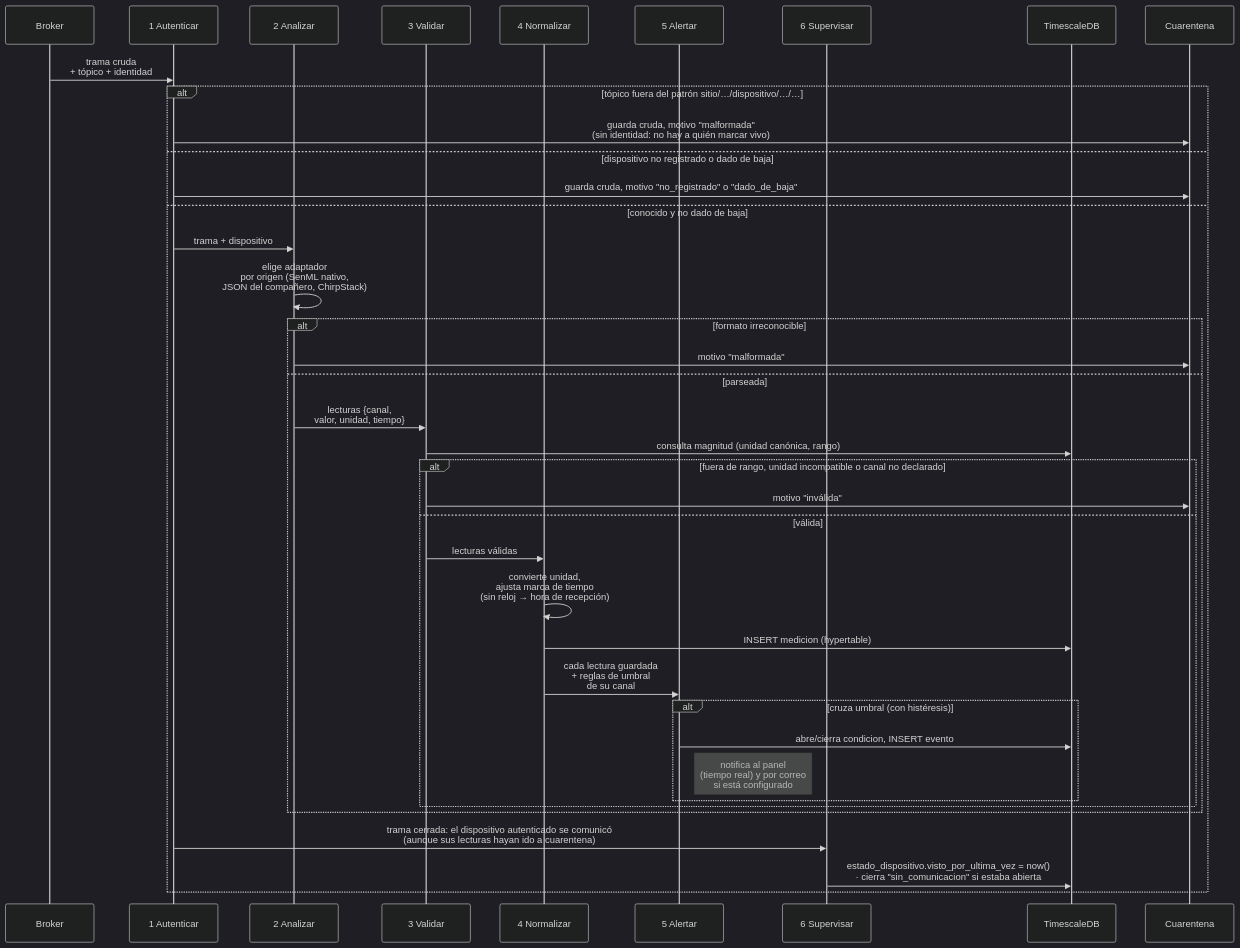
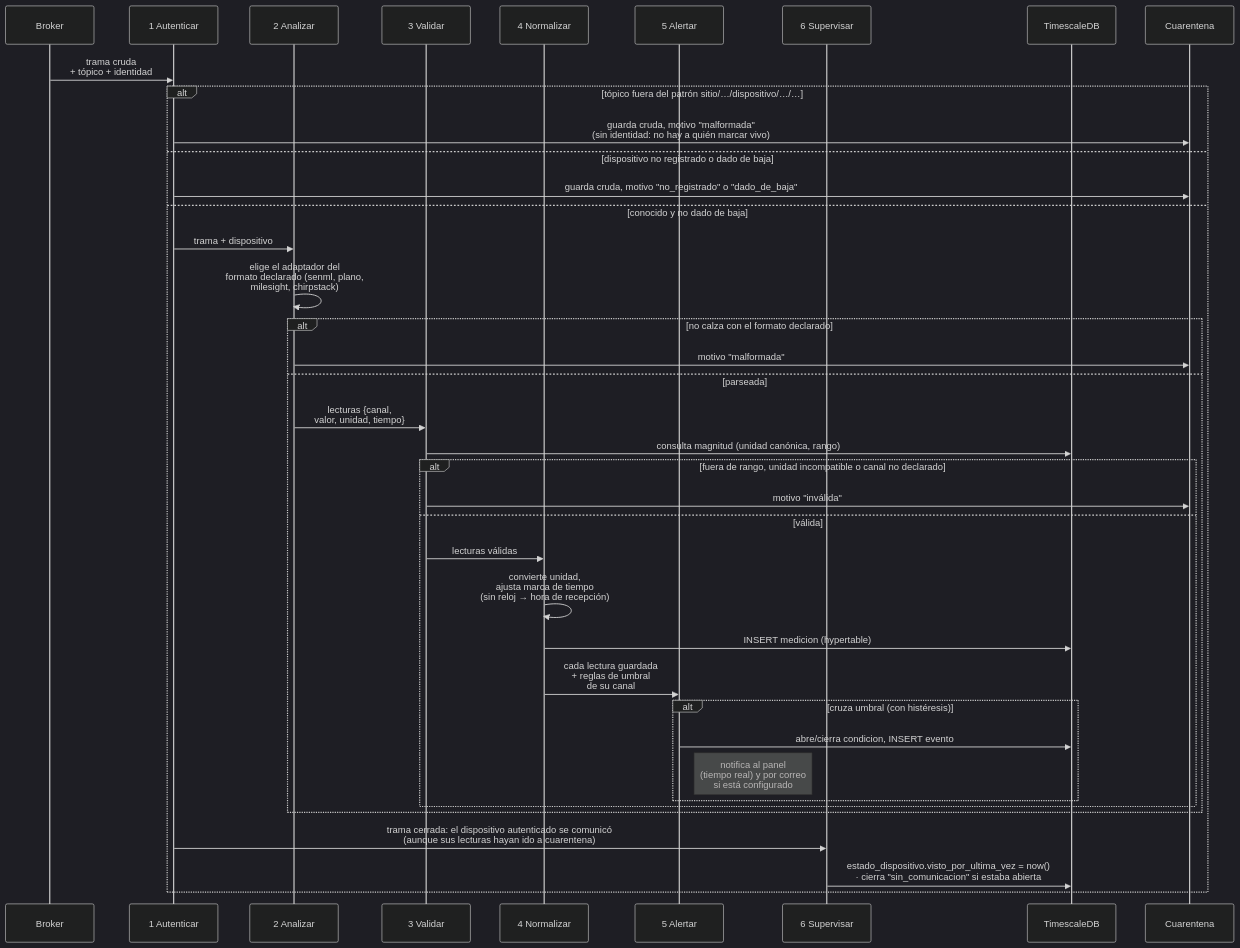
Before and after one commit to vicenterami/tesis: the diagram in informe-oficial/figuras/mermaid/sec-pipeline.mmd, drawn with Mermaid (dark theme). The commit also changed 10 other files, not shown here.

First line of the commit message:
Diseña la recepción LoRaWAN por formato declarado y pasarela registrada por API

```diff
--- a/informe-oficial/figuras/mermaid/sec-pipeline.mmd
+++ b/informe-oficial/figuras/mermaid/sec-pipeline.mmd
@@ -1,40 +1,40 @@
 sequenceDiagram
     participant MQ as Broker
     participant F1 as 1 Autenticar
     participant F2 as 2 Analizar
     participant F3 as 3 Validar
     participant F4 as 4 Normalizar
     participant F5 as 5 Alertar
     participant F6 as 6 Supervisar
     participant DB as TimescaleDB
     participant Q as Cuarentena
 
     MQ->>F1: trama cruda<br/>+ tópico + identidad
     alt tópico fuera del patrón sitio/…/dispositivo/…/…
         F1->>Q: guarda cruda, motivo "malformada"<br/>(sin identidad: no hay a quién marcar vivo)
     else dispositivo no registrado o dado de baja
         F1->>Q: guarda cruda, motivo "no_registrado" o "dado_de_baja"
     else conocido y no dado de baja
         F1->>F2: trama + dispositivo
-        F2->>F2: elige adaptador<br/>por origen (SenML nativo,<br/>JSON del compañero, ChirpStack)
-        alt formato irreconocible
+        F2->>F2: elige el adaptador del<br/>formato declarado (senml, plano,<br/>milesight, chirpstack)
+        alt no calza con el formato declarado
             F2->>Q: motivo "malformada"
         else parseada
             F2->>F3: lecturas {canal,<br/>valor, unidad, tiempo}
             F3->>DB: consulta magnitud (unidad canónica, rango)
             alt fuera de rango, unidad incompatible o canal no declarado
                 F3->>Q: motivo "inválida"
             else válida
                 F3->>F4: lecturas válidas
                 F4->>F4: convierte unidad,<br/>ajusta marca de tiempo<br/>(sin reloj → hora de recepción)
                 F4->>DB: INSERT medicion (hypertable)
                 F4->>F5: cada lectura guardada<br/>+ reglas de umbral<br/>de su canal
                 alt cruza umbral (con histéresis)
                     F5->>DB: abre/cierra condicion, INSERT evento
                     Note right of F5: notifica al panel<br/>(tiempo real) y por correo<br/>si está configurado
                 end
             end
         end
         F1->>F6: trama cerrada: el dispositivo autenticado se comunicó<br/>(aunque sus lecturas hayan ido a cuarentena)
         F6->>DB: estado_dispositivo.visto_por_ultima_vez = now()<br/>· cierra "sin_comunicacion" si estaba abierta
     end
```
